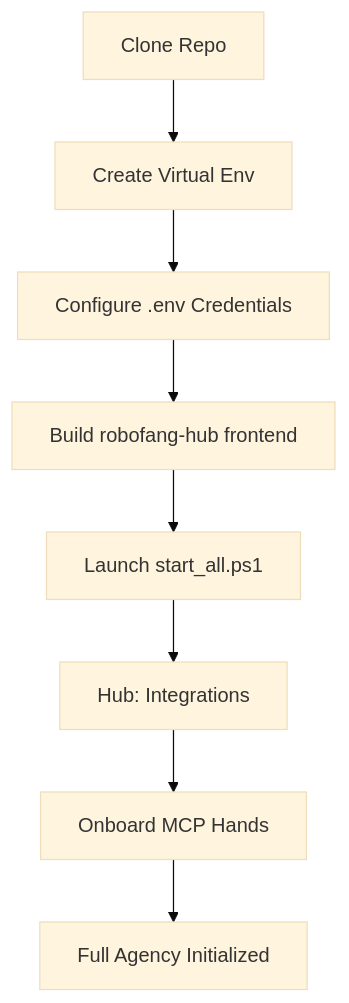
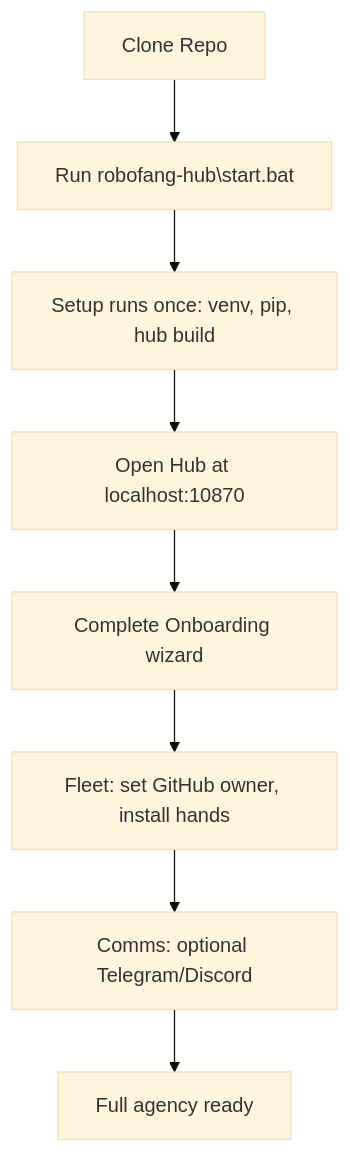
One commit to sandraschi/robofang changed the diagram in docs/INSTALLATION.md. Above: the diagram before and after it, drawn with Mermaid (base theme). The commit also changed other lines of this file and 43 other files, not shown here.

First line of the commit message:
Startup, deps, error handling, docs: robofang-hub start.bat primary; root start.bat; tomli/pyyaml/requests/watchdog/structlog; no silent crashes; bridge_stdout.log; python -m pip; changelog and docs

````diff
--- a/docs/INSTALLATION.md
+++ b/docs/INSTALLATION.md
@@ -3,10 +3,10 @@
 ```mermaid
 graph TD
-    A[Clone Repo] --> B[Create Virtual Env]
-    B --> C[Configure .env Credentials]
-    C --> D[Build robofang-hub frontend]
-    D --> E[Launch start_all.ps1]
-    E --> F[Hub: Integrations]
-    F --> G[Onboard MCP Hands]
-    G --> H[Full Agency Initialized]
+    A[Clone Repo] --> B[Run robofang-hub\start.bat]
+    B --> C[Setup runs once: venv, pip, hub build]
+    C --> D[Open Hub at localhost:10870]
+    D --> E[Complete Onboarding wizard]
+    E --> F[Fleet: set GitHub owner, install hands]
+    F --> G[Comms: optional Telegram/Discord]
+    G --> H[Full agency ready]
 ```
````
